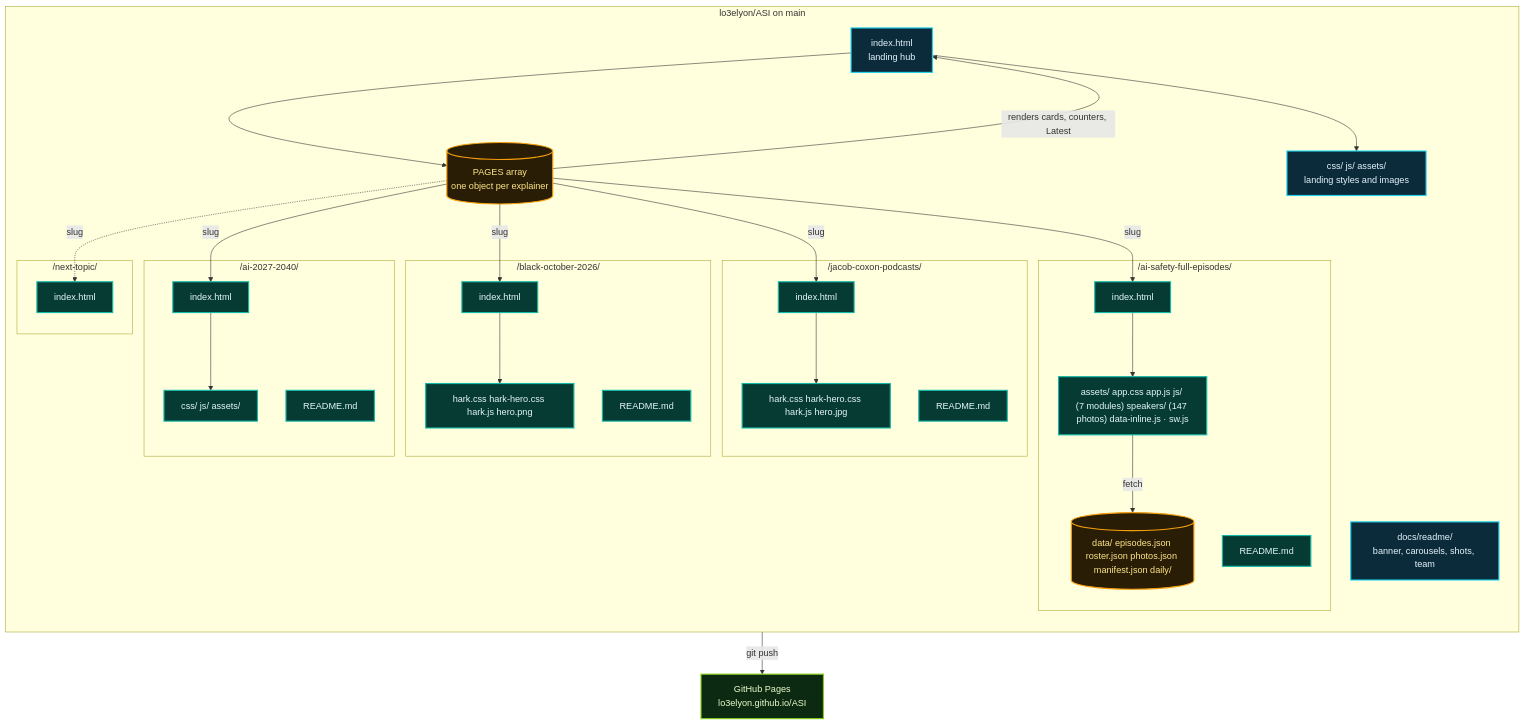
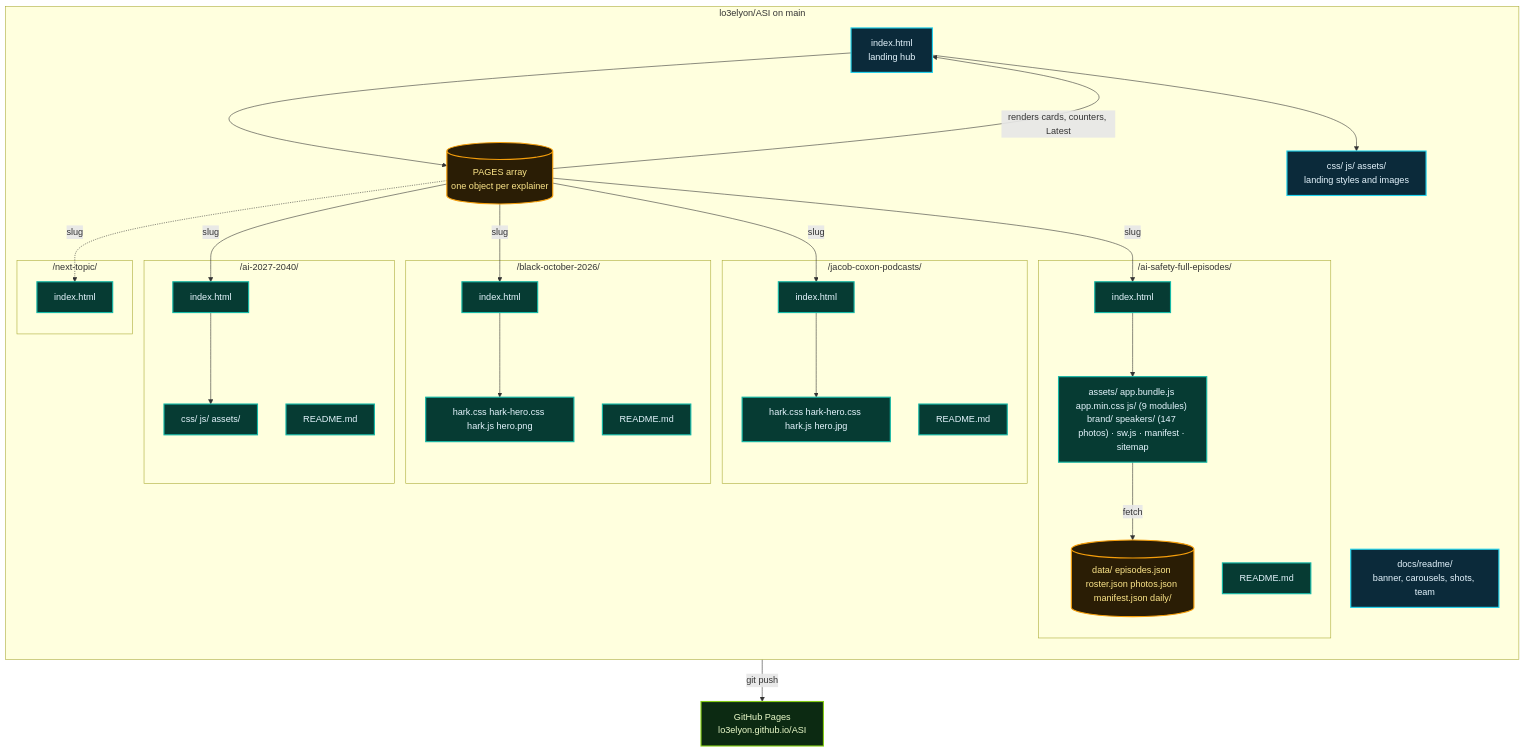
One commit to lo3elyon/ASI changed the tenth of 12 diagrams in README.md. Above: the diagram before and after it, drawn with Mermaid. The commit also changed other lines of this file, not shown here.

````diff
--- a/README.md
+++ b/README.md
@@ -728,57 +728,57 @@
 ```mermaid
 flowchart TB
     subgraph REPO["lo3elyon/ASI on main"]
         direction TB
         ROOT["index.html<br/>landing hub"]
         PAGES[("PAGES array<br/>one object per explainer")]
         RA["css/ js/ assets/<br/>landing styles and images"]
         subgraph R1["/ai-2027-2040/"]
             I1["index.html"]
             A1["css/ js/ assets/"]
             RM1["README.md"]
         end
         subgraph R2["/black-october-2026/"]
             I2["index.html"]
             A2["hark.css hark-hero.css hark.js hero.png"]
             RM2["README.md"]
         end
         subgraph R3["/jacob-coxon-podcasts/"]
             I3["index.html"]
             A3["hark.css hark-hero.css hark.js hero.jpg"]
             RM3["README.md"]
         end
         subgraph R4["/ai-safety-full-episodes/"]
             I4["index.html"]
-            A4["assets/ app.css app.js js/ (7 modules) speakers/ (147 photos) data-inline.js · sw.js"]
+            A4["assets/ app.bundle.js app.min.css js/ (9 modules) brand/ speakers/ (147 photos) · sw.js · manifest · sitemap"]
             D4[("data/ episodes.json roster.json photos.json manifest.json daily/")]
             RM4["README.md"]
         end
         subgraph RN["/next-topic/"]
             IN["index.html"]
         end
         DOCS["docs/readme/<br/>banner, carousels, shots, team"]
     end
     ROOT --> PAGES
     PAGES -->|"renders cards, counters, Latest"| ROOT
     ROOT --> RA
     PAGES -->|"slug"| I1
     PAGES -->|"slug"| I2
     I2 --> A2
     PAGES -->|"slug"| I3
     I3 --> A3
     PAGES -->|"slug"| I4
     I4 --> A4
     A4 -->|"fetch"| D4
     PAGES -.->|"slug"| IN
     I1 --> A1
     REPO -->|"git push"| GH["GitHub Pages<br/>lo3elyon.github.io/ASI"]
     classDef hub fill:#0b2a3a,stroke:#22d3ee,stroke-width:2px,color:#e6f6ff
     classDef data fill:#2a1d05,stroke:#f59e0b,stroke-width:2px,color:#fde68a
     classDef page fill:#063b33,stroke:#14b8a6,stroke-width:2px,color:#e6f6ff
     classDef deploy fill:#0c2a12,stroke:#84cc16,stroke-width:2px,color:#ecfccb
     class ROOT,RA,DOCS hub
     class PAGES data
     class I1,A1,RM1,I2,A2,RM2,I3,A3,RM3,I4,A4,RM4,IN page
     class D4 data
     class GH deploy
 ```
````
